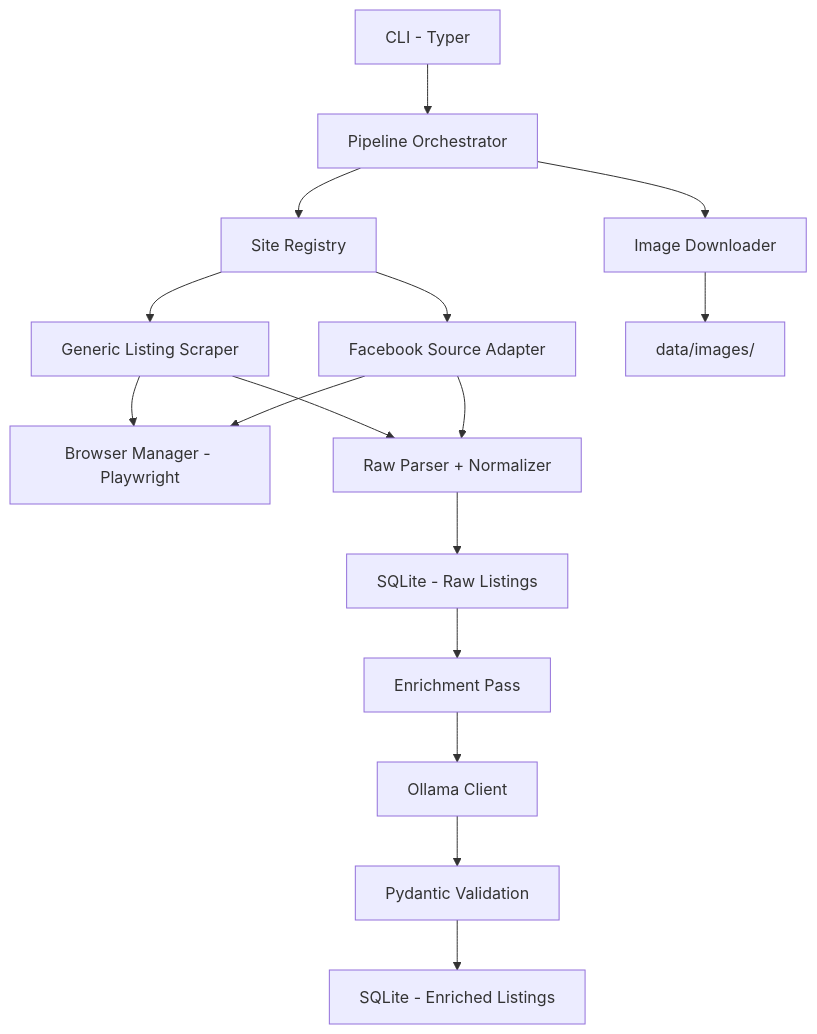
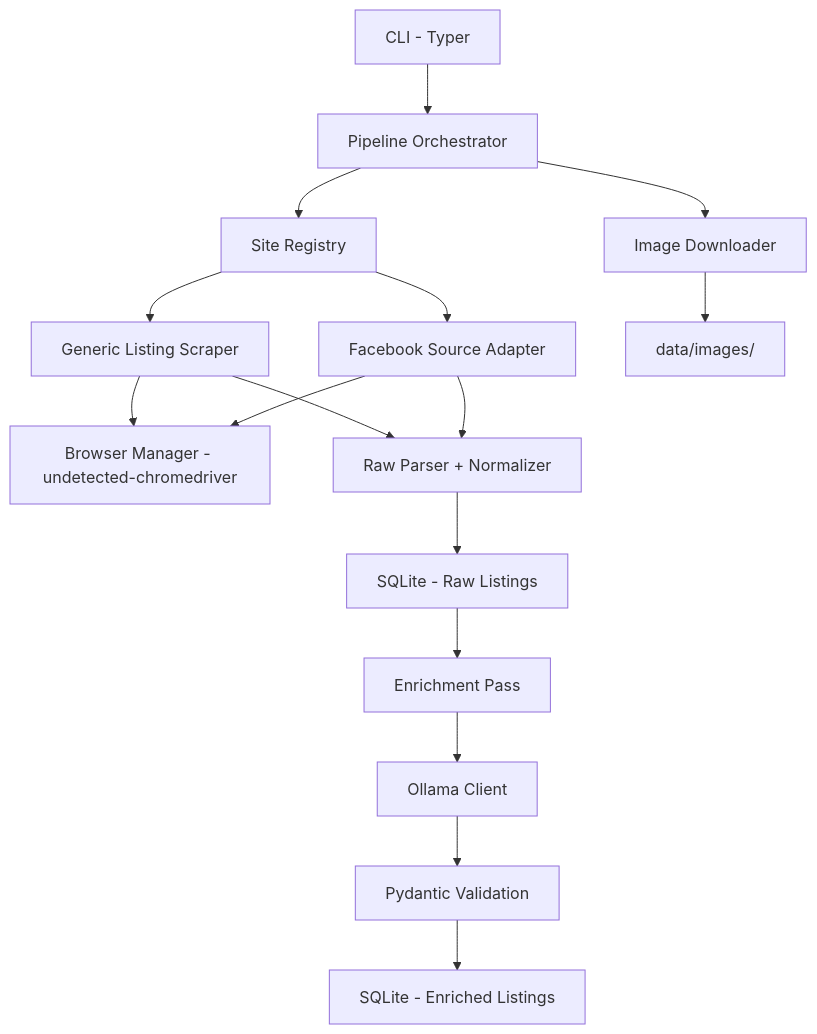
One commit to pierre-lecorre/flat_finder changed the diagram in README.md. Above: the diagram before and after it, drawn with Mermaid. The commit also changed other lines of this file and 8 other files, not shown here.

````diff
--- a/README.md
+++ b/README.md
@@ -9,18 +9,18 @@
 ```mermaid
 graph TD
     A[CLI - Typer] --> B[Pipeline Orchestrator]
     B --> C[Site Registry]
     C --> D[Generic Listing Scraper]
     C --> E[Facebook Source Adapter]
-    D --> F[Browser Manager - Playwright]
+    D --> F[Browser Manager - undetected-chromedriver]
     E --> F
     D --> G[Raw Parser + Normalizer]
     E --> G
     G --> H[SQLite - Raw Listings]
     H --> I[Enrichment Pass]
     I --> J[Ollama Client]
     J --> K[Pydantic Validation]
     K --> L[SQLite - Enriched Listings]
     B --> M[Image Downloader]
     M --> N[data/images/]
 ```
````
